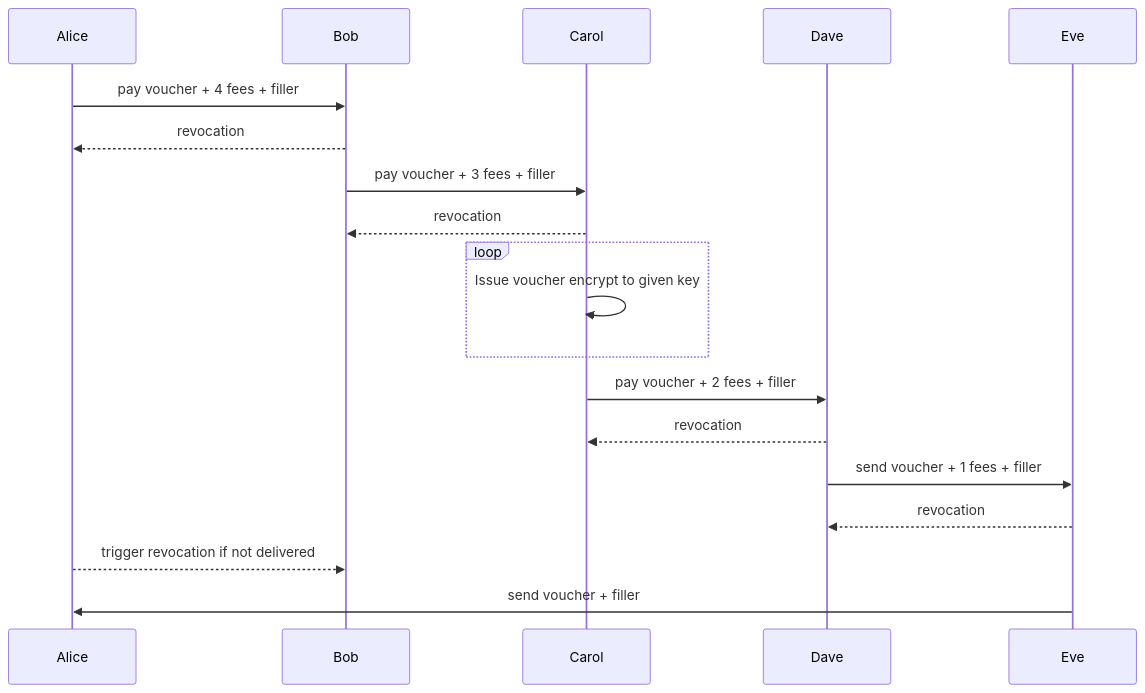
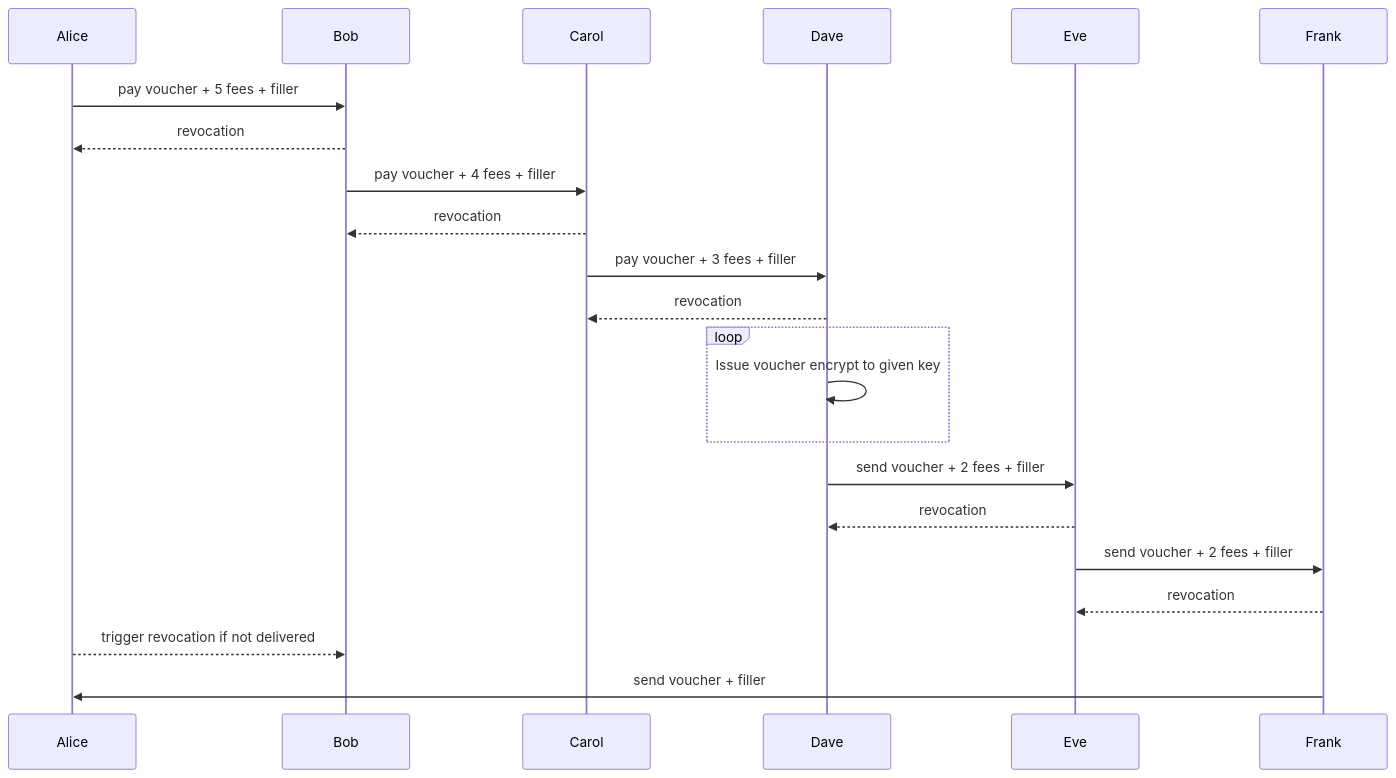
Before and after one commit to indra-labs/indra: the first of 2 diagrams in doc/whitepaper.md, drawn with Mermaid. The commit also changed other lines of this file and 1 other file, not shown here.

````diff
--- a/doc/whitepaper.md
+++ b/doc/whitepaper.md
@@ -31,16 +31,18 @@
 ```mermaid
   sequenceDiagram
-    Alice->>Bob: pay voucher + 4 fees + filler
+    Alice->>Bob: pay voucher + 5 fees + filler
     Bob-->>Alice: revocation
-    Bob->>Carol: pay voucher + 3 fees + filler
+    Bob->>Carol: pay voucher + 4 fees + filler
     Carol-->>Bob: revocation
+    Carol->>Dave: pay voucher + 3 fees + filler
+    Dave-->>Carol: revocation
     loop
-    	Carol->>Carol: Issue voucher encrypt to given key
+    	Dave->>Dave: Issue voucher encrypt to given key
     end
-    Carol->>Dave: pay voucher + 2 fees + filler
-    Dave-->>Carol: revocation
-    Dave->>Eve: send voucher + 1 fees + filler
+    Dave->>Eve: send voucher + 2 fees + filler
     Eve-->>Dave: revocation
+    Eve->>Frank: send voucher + 2 fees + filler
+    Frank-->>Eve: revocation
     Alice-->>Bob: trigger revocation if not delivered
-    Eve->>Alice: send voucher + filler
+    Frank->>Alice: send voucher + filler
 ```
````
